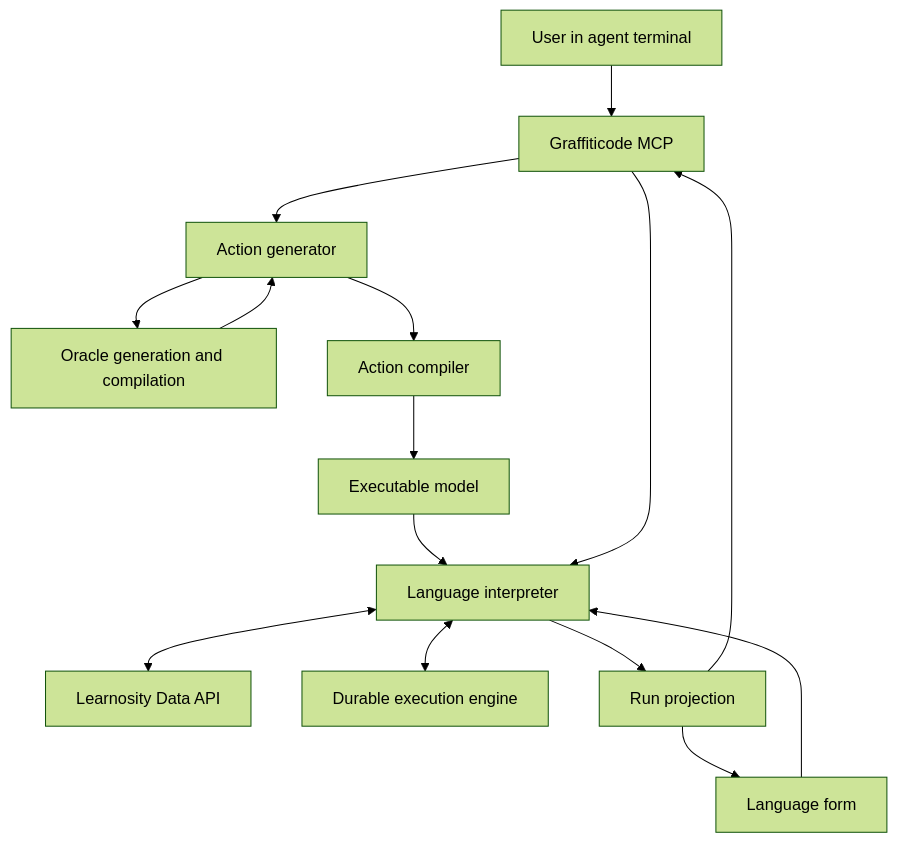
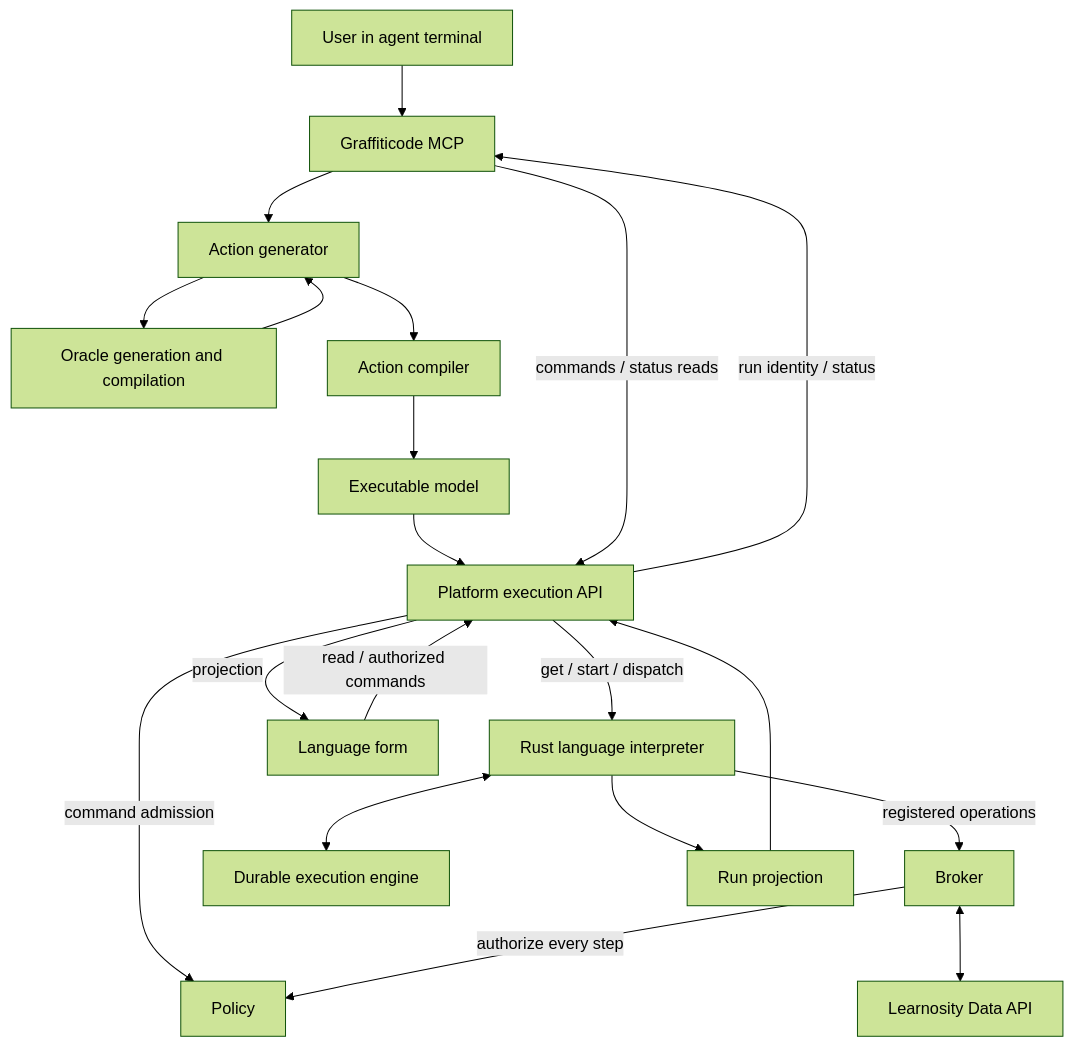
One commit to graffiticode/graffiticode changed the diagram in docs/l0188-language-design.md. Above: the diagram before and after it, drawn with Mermaid (forest theme). The commit also changed other lines of this file, not shown here.

````diff
--- a/docs/l0188-language-design.md
+++ b/docs/l0188-language-design.md
@@ -45,17 +47,22 @@
 ```mermaid
 flowchart TD
     U[User in agent terminal] --> M[Graffiticode MCP]
     M --> G[Action generator]
     G --> O[Oracle generation and compilation]
     O --> G
     G --> C[Action compiler]
     C --> X[Executable model]
-    X --> I[Language interpreter]
-    I <--> A[Learnosity Data API]
+    X --> Q[Platform execution API]
+    Q -->|get / start / dispatch| I[Rust language interpreter]
+    Q -->|command admission| Y[Policy]
+    I -->|registered operations| B[Broker]
+    B -->|authorize every step| Y
+    B <--> A[Learnosity Data API]
     I <--> D[Durable execution engine]
-    M --> I
+    M -->|commands / status reads| Q
     I --> P[Run projection]
-    P --> F[Language form]
-    P --> M
-    F --> I
+    P --> Q
+    Q -->|run identity / status| M
+    Q -->|projection| F[Language form]
+    F -->|read / authorized commands| Q
 ```
````
